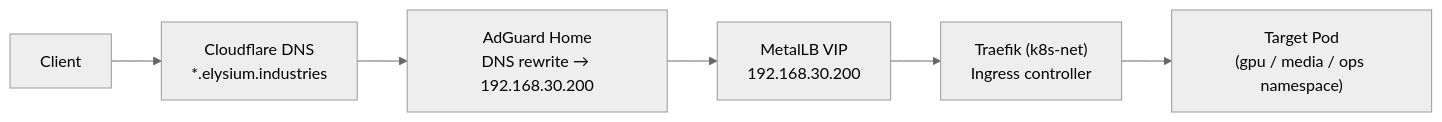
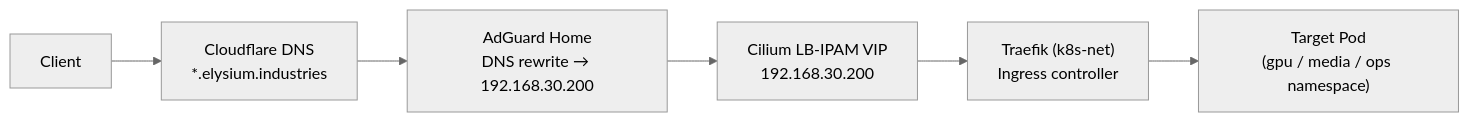
Before and after one commit to SilverDFlame/jellybuntu-wiki: the second of 3 diagrams in docs/architecture.md, drawn with Mermaid (neutral theme). The commit also changed other lines of this file and 9 other files, not shown here.

First line of the commit message:
docs: migrate CNI/LB references from flannel+MetalLB to Cilium (#37)

````diff
--- a/docs/architecture.md
+++ b/docs/architecture.md
@@ -63,8 +66,8 @@
 ```mermaid
 graph LR
     CLIENT["Client"] --> CF["Cloudflare DNS\n*.elysium.industries"]
     CF --> AG["AdGuard Home\nDNS rewrite → 192.168.30.200"]
-    AG --> VIP["MetalLB VIP\n192.168.30.200"]
+    AG --> VIP["Cilium LB-IPAM VIP\n192.168.30.200"]
     VIP --> TR["Traefik (k8s-net)\nIngress controller"]
     TR --> POD["Target Pod\n(gpu / media / ops namespace)"]
 ```
````
